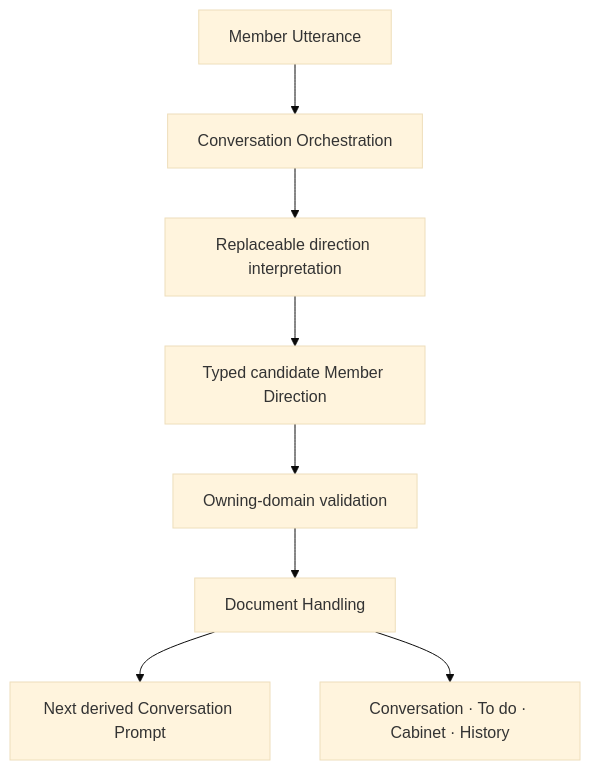
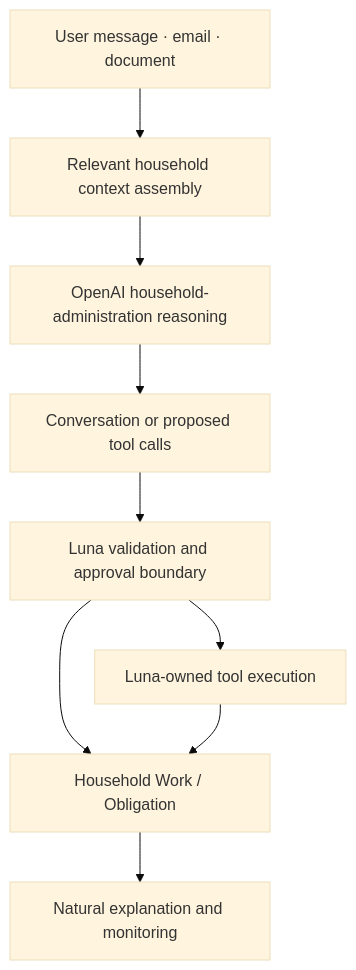
One commit to yasserchehade/Luna changed the first of 3 diagrams in docs/domain-model.md. Above: the diagram before and after it, drawn with Mermaid (base theme). The commit also changed other lines of this file and 23 other files, not shown here.

First line of the commit message:
docs: establish household-administration product reset

````diff
--- a/docs/domain-model.md
+++ b/docs/domain-model.md
@@ -23,10 +23,11 @@
 ```mermaid
 flowchart TD
-    Message["Member Utterance"] --> Orchestrator["Conversation Orchestration"]
-    Orchestrator --> Interpreter["Replaceable direction interpretation"]
-    Interpreter --> Candidate["Typed candidate Member Direction"]
-    Candidate --> Validation["Owning-domain validation"]
-    Validation --> Handling["Document Handling"]
-    Handling --> Prompt["Next derived Conversation Prompt"]
-    Handling --> Views["Conversation · To do · Cabinet · History"]
+    Source["User message · email · document"] --> Context["Relevant household context assembly"]
+    Context --> Reasoning["OpenAI household-administration reasoning"]
+    Reasoning --> Proposal["Conversation or proposed tool calls"]
+    Proposal --> Validation["Luna validation and approval boundary"]
+    Validation --> Work["Household Work / Obligation"]
+    Validation --> Tools["Luna-owned tool execution"]
+    Tools --> Work
+    Work --> Explanation["Natural explanation and monitoring"]
 ```
````
